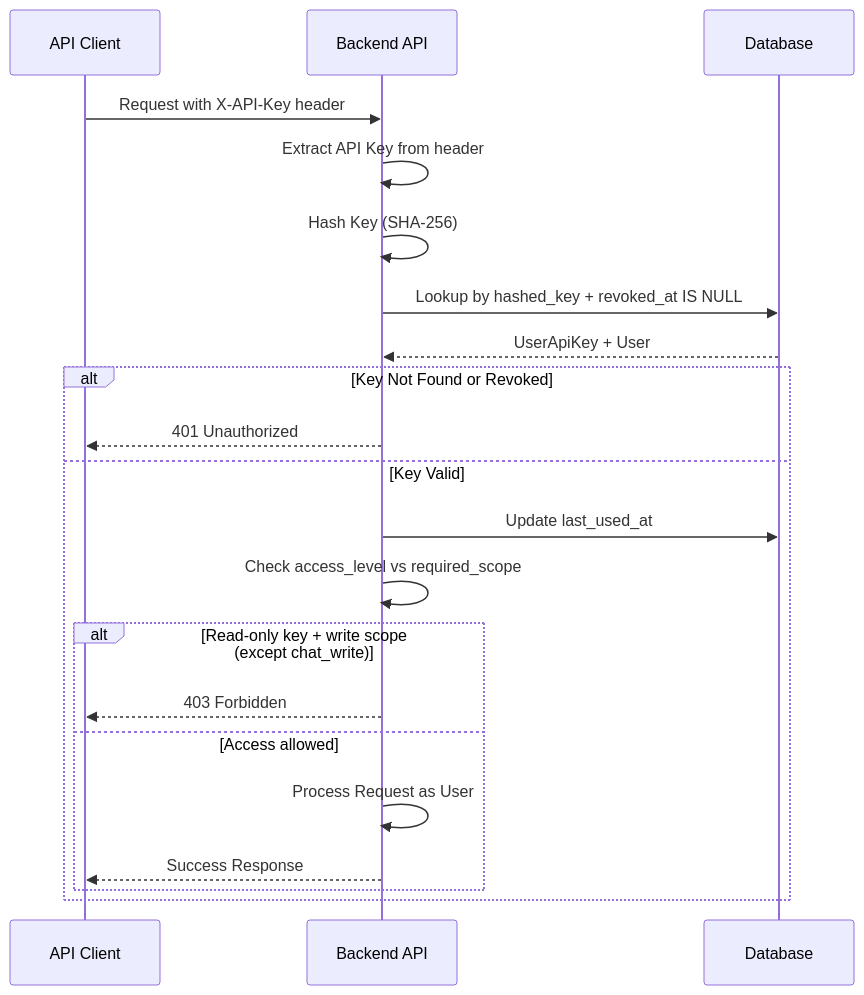
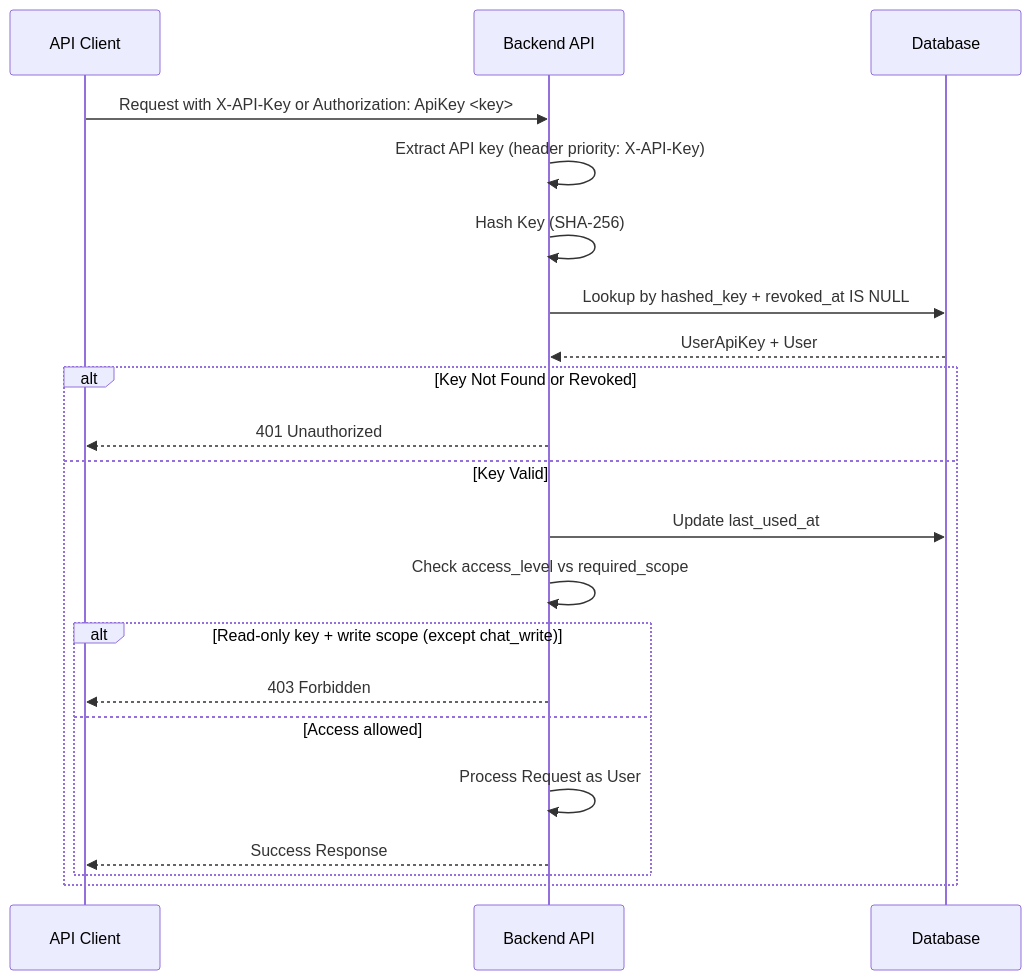
One commit to yukiharada1228/videoq changed the tenth of 11 diagrams in docs/design/sequence-diagram.md. Above: the diagram before and after it, drawn with Mermaid. The commit also changed other lines of this file and 9 other files, not shown here.

Commit message:
docs: sync diagrams with current implementation

````diff
--- a/docs/design/sequence-diagram.md
+++ b/docs/design/sequence-diagram.md
@@ -367,25 +363,25 @@
 ```mermaid
 sequenceDiagram
     participant Client as API Client
     participant Backend as Backend API
     participant DB as Database
 
-    Client->>Backend: Request with X-API-Key header
-    Backend->>Backend: Extract API Key from header
+    Client->>Backend: Request with X-API-Key or Authorization: ApiKey <key>
+    Backend->>Backend: Extract API key (header priority: X-API-Key)
     Backend->>Backend: Hash Key (SHA-256)
     Backend->>DB: Lookup by hashed_key + revoked_at IS NULL
     DB-->>Backend: UserApiKey + User
 
     alt Key Not Found or Revoked
         Backend-->>Client: 401 Unauthorized
     else Key Valid
         Backend->>DB: Update last_used_at
         Backend->>Backend: Check access_level vs required_scope
         alt Read-only key + write scope (except chat_write)
             Backend-->>Client: 403 Forbidden
         else Access allowed
             Backend->>Backend: Process Request as User
             Backend-->>Client: Success Response
         end
     end
 ```
````
